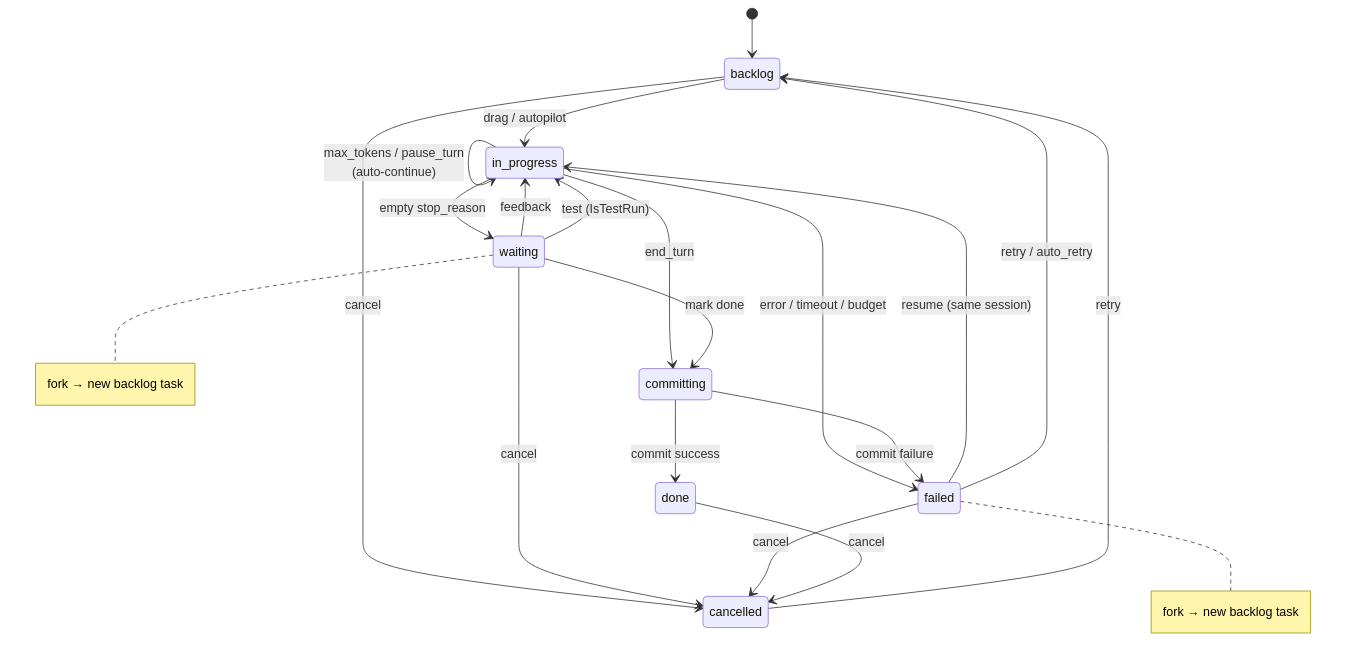
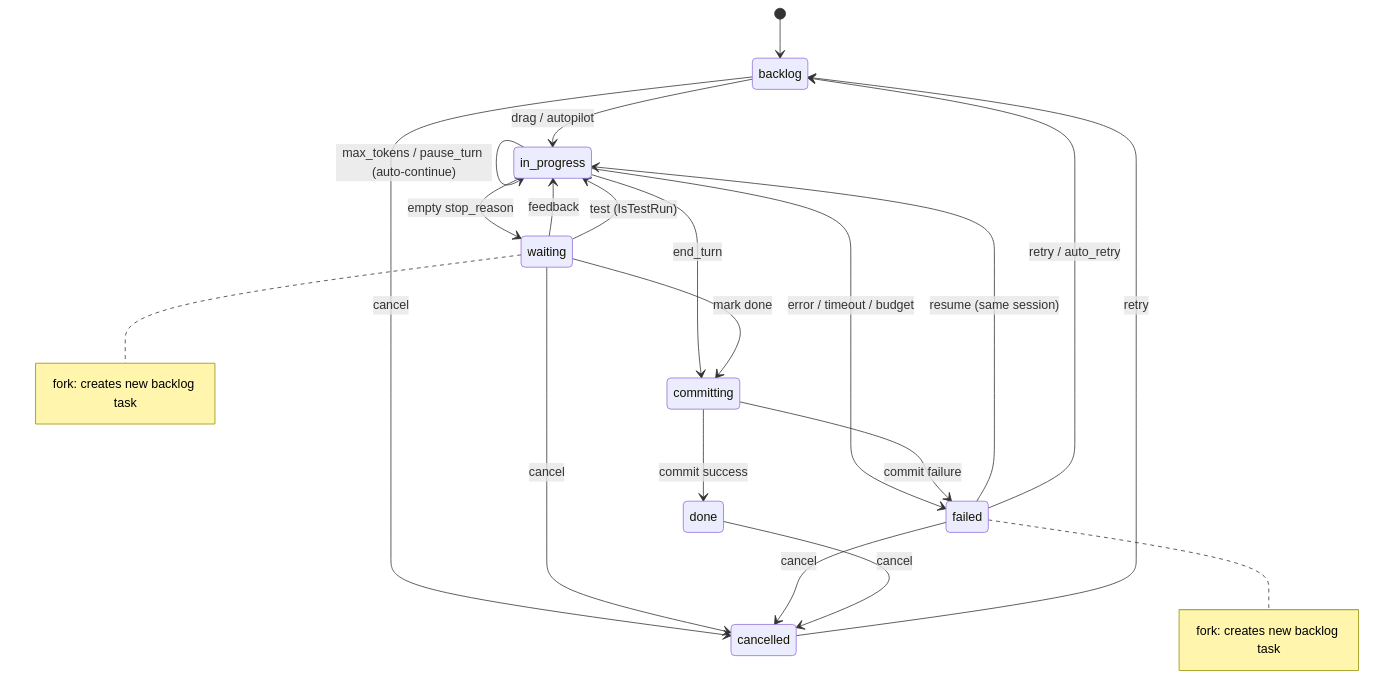
Before and after one commit to changkun/wallfacer: the second of 4 diagrams in docs/internals/architecture.md, drawn with Mermaid. The commit also changed other lines of this file, not shown here.

Commit message:
docs: fix broken mermaid syntax in architecture diagrams

````diff
--- a/docs/internals/architecture.md
+++ b/docs/internals/architecture.md
@@ -49,30 +49,34 @@
 ```mermaid
 stateDiagram-v2
     [*] --> backlog
 
     backlog --> in_progress : drag / autopilot
     backlog --> cancelled : cancel
 
-    in_progress --> in_progress : max_tokens / pause_turn<br/>(auto-continue)
+    in_progress --> in_progress : max_tokens / pause_turn (auto-continue)
     in_progress --> committing : end_turn
     in_progress --> waiting : empty stop_reason
     in_progress --> failed : error / timeout / budget
 
     committing --> done : commit success
     committing --> failed : commit failure
 
     waiting --> in_progress : feedback
     waiting --> in_progress : test (IsTestRun)
     waiting --> committing : mark done
     waiting --> cancelled : cancel
 
     failed --> in_progress : resume (same session)
     failed --> backlog : retry / auto_retry
     failed --> cancelled : cancel
 
     done --> cancelled : cancel
     cancelled --> backlog : retry
 
-    note right of waiting : fork → new backlog task
-    note right of failed : fork → new backlog task
+    note right of waiting
+        fork: creates new backlog task
+    end note
+    note right of failed
+        fork: creates new backlog task
+    end note
 ```
````
